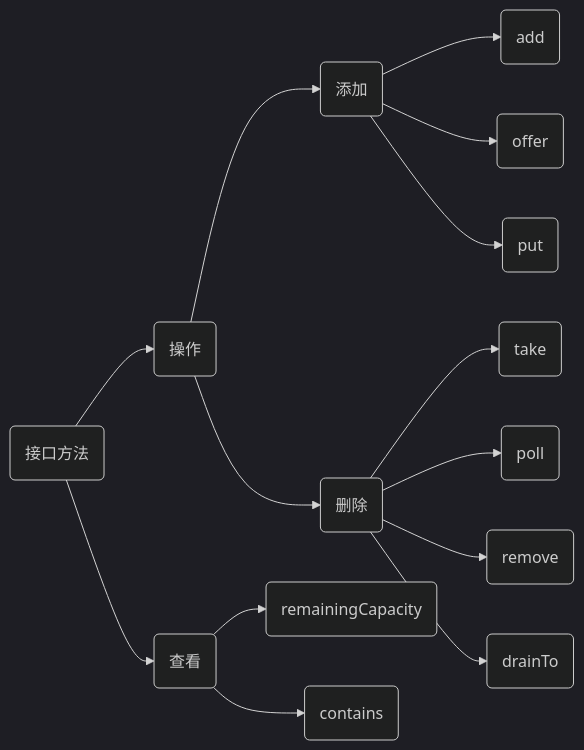
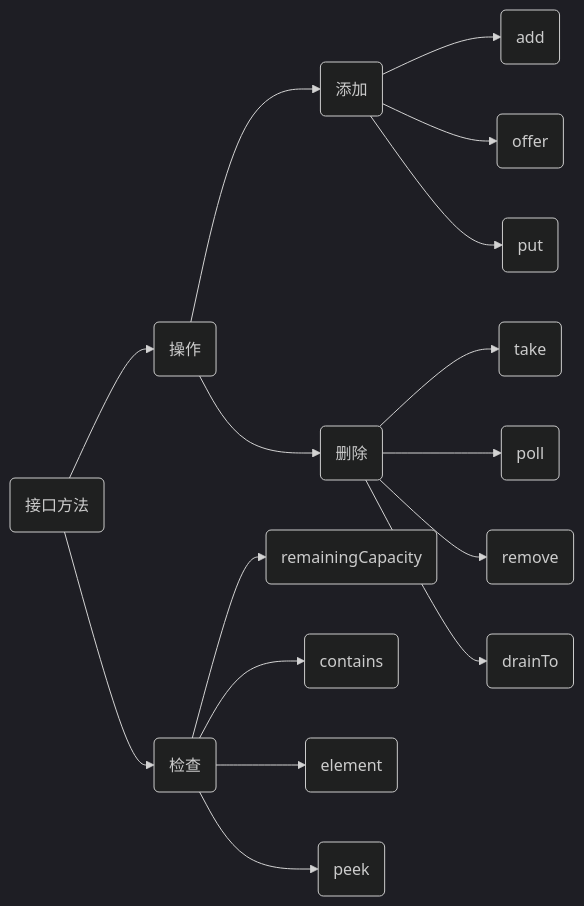
One commit to vay-qz/Learning changed the diagram in summary/多线程/阻塞队列.md. Above: the diagram before and after it, drawn with Mermaid (dark theme). The commit also changed other lines of this file and 1 other file, not shown here.

````diff
--- a/summary/多线程/阻塞队列.md
+++ b/summary/多线程/阻塞队列.md
@@ -7,16 +9,19 @@
 ```mermaid
 graph LR
 	a(接口方法)-->b(操作)
-	a-->c(查看)
+	a-->c(检查)
 	b-->d(添加)
 	b-->e(删除)
 	d-->f(add)
 	d-->g(offer)
 	d-->h(put)
 	e-->i(take)
 	e-->j(poll)
 	e-->k(remove)
 	e-->n(drainTo)
 	c-->l(remainingCapacity)
 	c-->m(contains)
+	c-->p(element)
+	c-->o(peek)
+	
 ```
````
